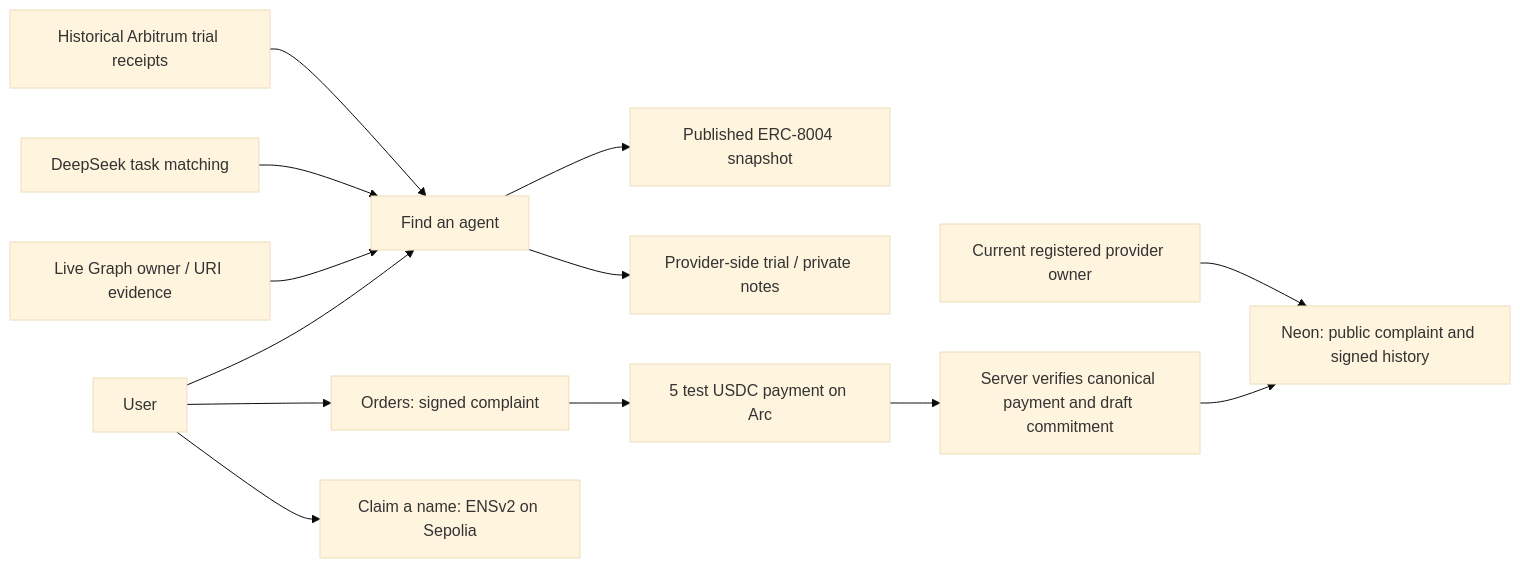
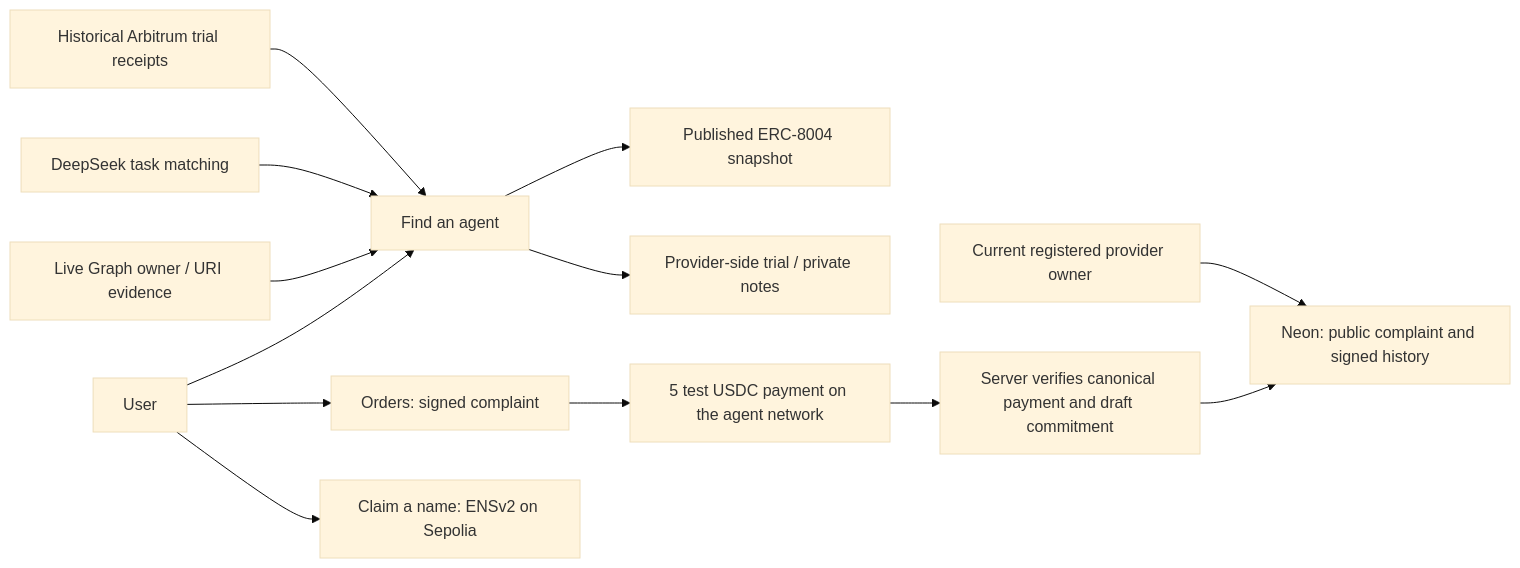
Before and after one commit to Foreveranka/nomen: the diagram in README.md, drawn with Mermaid (base theme). The commit also changed other lines of this file and 17 other files, not shown here.

````diff
--- a/README.md
+++ b/README.md
@@ -22,15 +22,15 @@
 ```mermaid
 flowchart LR
     U[User] --> W[Find an agent]
     W --> S[Published ERC-8004 snapshot]
     G[Live Graph owner / URI evidence] --> W
     D[DeepSeek task matching] --> W
     W --> T[Provider-side trial / private notes]
     U --> O[Orders: signed complaint]
-    O --> A[5 test USDC payment on Arc]
+    O --> A[5 test USDC payment on the agent network]
     A --> V[Server verifies canonical payment and draft commitment]
     V --> DB[Neon: public complaint and signed history]
     P[Current registered provider owner] --> DB
     U --> E[Claim a name: ENSv2 on Sepolia]
     H[Historical Arbitrum trial receipts] --> W
 ```
````
